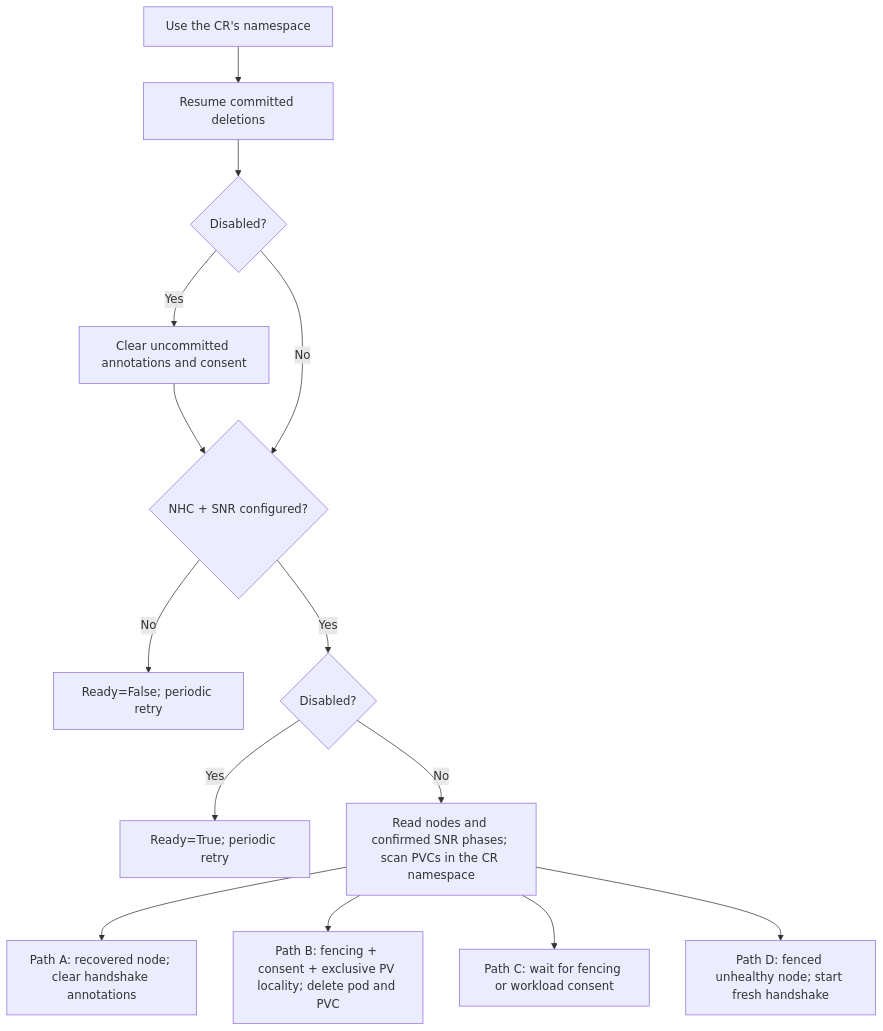
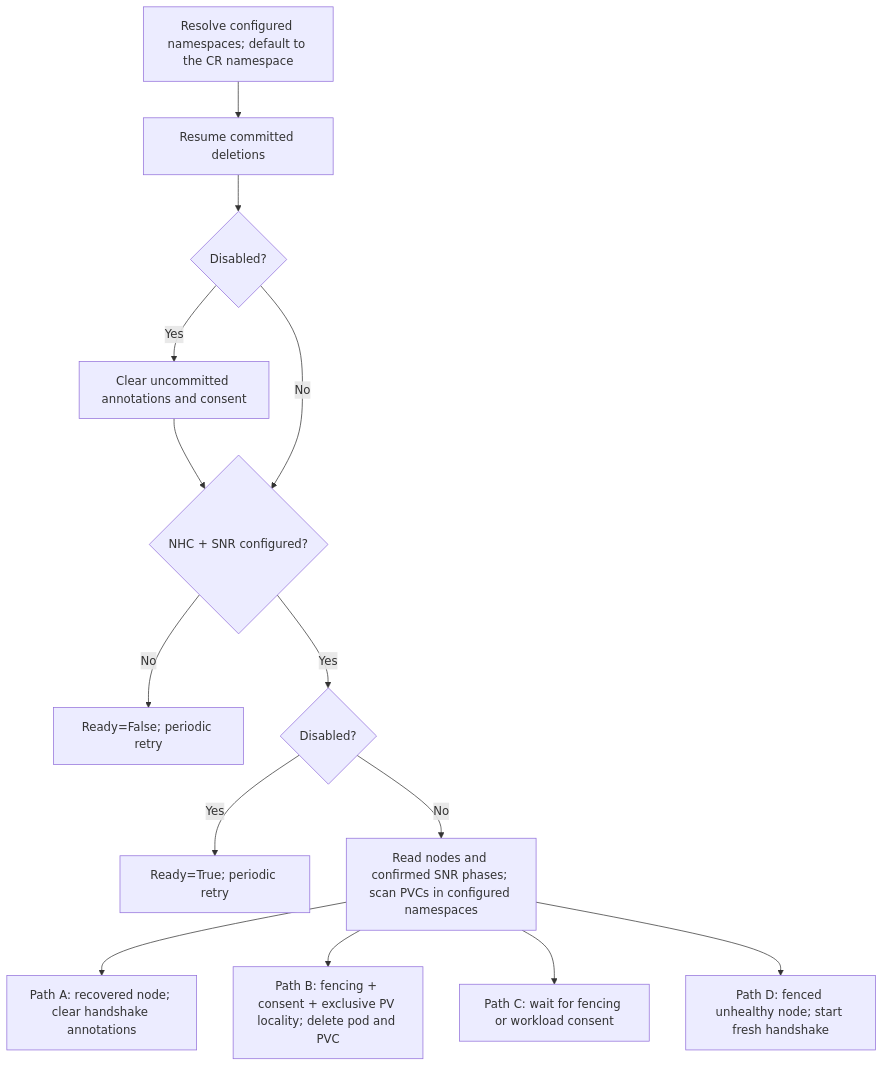
Before and after one commit to openstack-k8s-operators/infra-operator: the diagram in docs/podremediator_architecture.md, drawn with Mermaid. The commit also changed other lines of this file and 10 other files, not shown here.

Commit message:
feat: support configured PodRemediator namespaces

````diff
--- a/docs/podremediator_architecture.md
+++ b/docs/podremediator_architecture.md
@@ -128,16 +128,16 @@
 ```mermaid
 flowchart TD
-    V["Use the CR's namespace"] --> R["Resume committed deletions"]
+    V["Resolve configured namespaces; default to the CR namespace"] --> R["Resume committed deletions"]
     R --> D{"Disabled?"}
     D -->|Yes| C["Clear uncommitted annotations and consent"]
     C --> N{"NHC + SNR configured?"}
     D -->|No| N
     N -->|No| E["Ready=False; periodic retry"]
     N -->|Yes| M{"Disabled?"}
     M -->|Yes| I["Ready=True; periodic retry"]
-    M -->|No| S["Read nodes and confirmed SNR phases; scan PVCs in the CR namespace"]
+    M -->|No| S["Read nodes and confirmed SNR phases; scan PVCs in configured namespaces"]
     S --> A["Path A: recovered node; clear handshake annotations"]
     S --> B["Path B: fencing + consent + exclusive PV locality; delete pod and PVC"]
     S --> W["Path C: wait for fencing or workload consent"]
     S --> P["Path D: fenced unhealthy node; start fresh handshake"]
 ```
````
